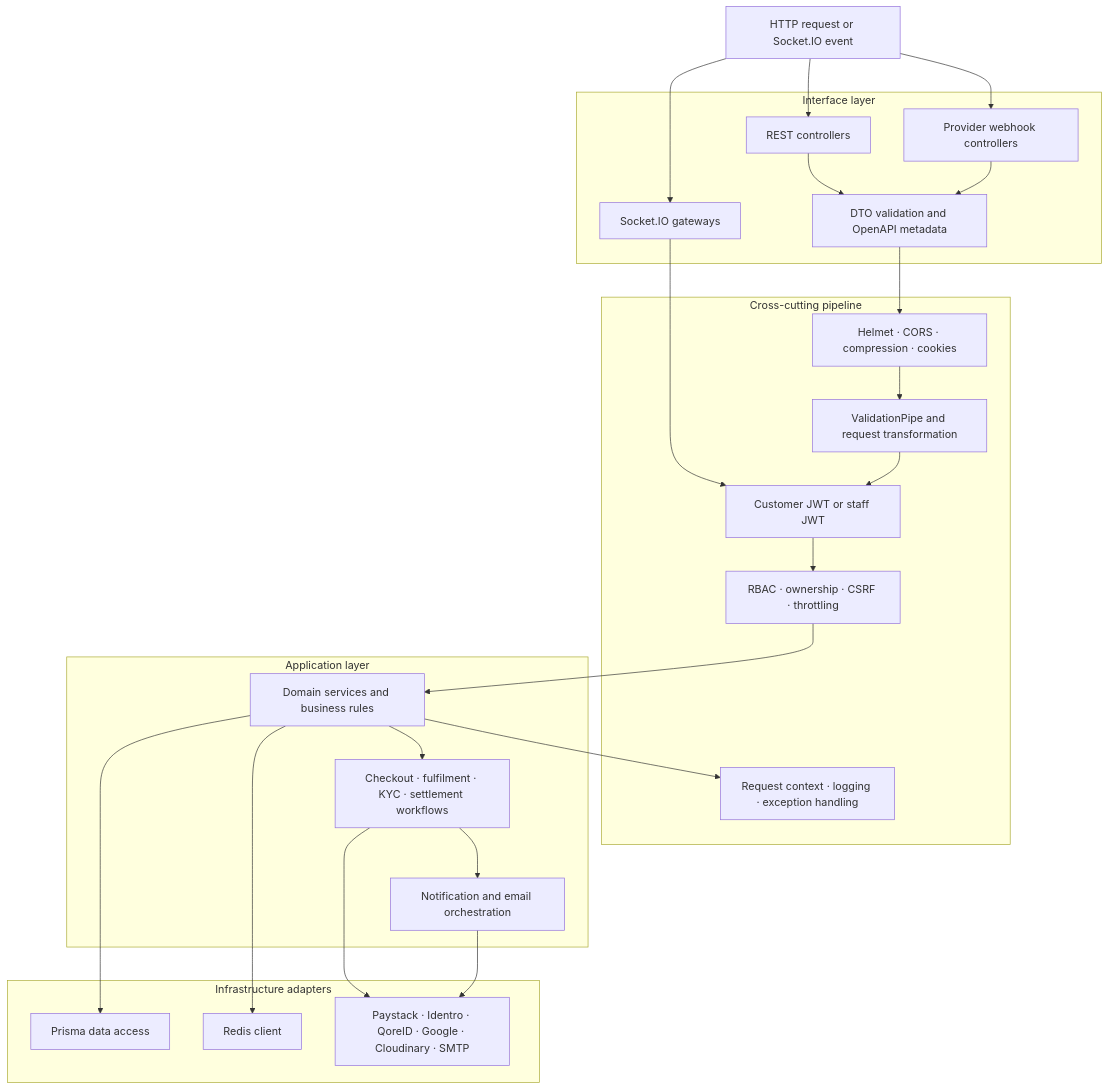
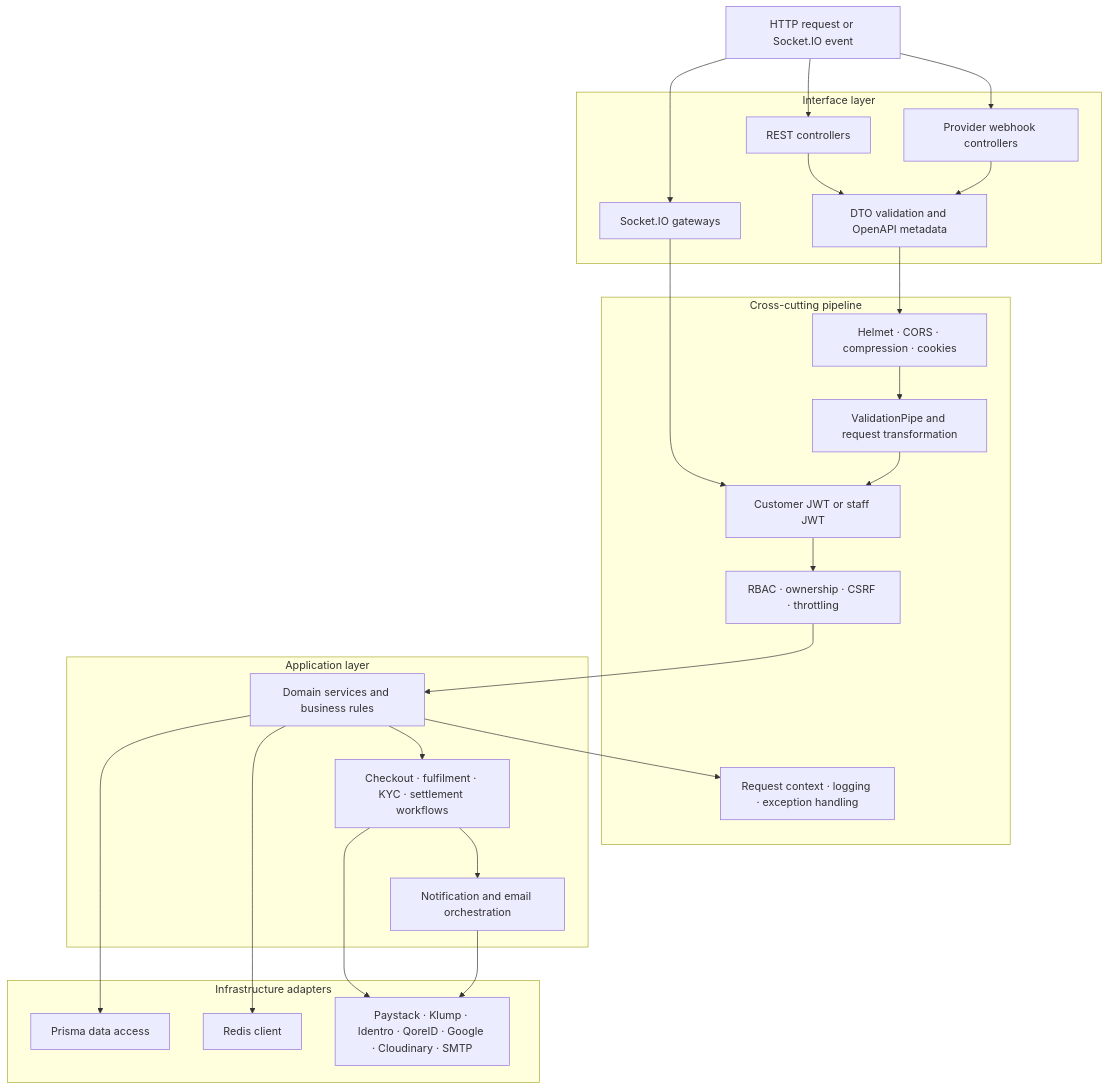
One commit to digitalempress234/NextGenSuperstoreBackend changed the third of 7 diagrams in ARCHITECTURE.md. Above: the diagram before and after it, drawn with Mermaid. The commit also changed other lines of this file and 108 other files, not shown here.

````diff
--- a/ARCHITECTURE.md
+++ b/ARCHITECTURE.md
@@ -92,48 +98,48 @@
 ```mermaid
 flowchart TB
     Request[HTTP request or Socket.IO event]
 
     subgraph Interface[Interface layer]
         Controllers[REST controllers]
         Gateways[Socket.IO gateways]
         Webhooks[Provider webhook controllers]
         DTOs[DTO validation and OpenAPI metadata]
     end
 
     subgraph Security[Cross-cutting pipeline]
         Transport[Helmet · CORS · compression · cookies]
         Validation[ValidationPipe and request transformation]
         Authentication[Customer JWT or staff JWT]
         Authorization[RBAC · ownership · CSRF · throttling]
         Observability[Request context · logging · exception handling]
     end
 
     subgraph Application[Application layer]
         Services[Domain services and business rules]
         Workflows[Checkout · fulfilment · KYC · settlement workflows]
         Notifications[Notification and email orchestration]
     end
 
     subgraph Adapters[Infrastructure adapters]
         Prisma[Prisma data access]
         RedisClient[Redis client]
-        ProviderClients[Paystack · Identro · QoreID · Google · Cloudinary · SMTP]
+        ProviderClients[Paystack · Klump · Identro · QoreID · Google · Cloudinary · SMTP]
     end
 
     Request --> Controllers
     Request --> Gateways
     Request --> Webhooks
     Controllers --> DTOs
     Webhooks --> DTOs
     DTOs --> Transport
     Gateways --> Authentication
     Transport --> Validation --> Authentication --> Authorization
     Authorization --> Services
     Services --> Workflows
     Workflows --> Notifications
     Services --> Prisma
     Services --> RedisClient
     Workflows --> ProviderClients
     Notifications --> ProviderClients
     Services --> Observability
 ```
````
